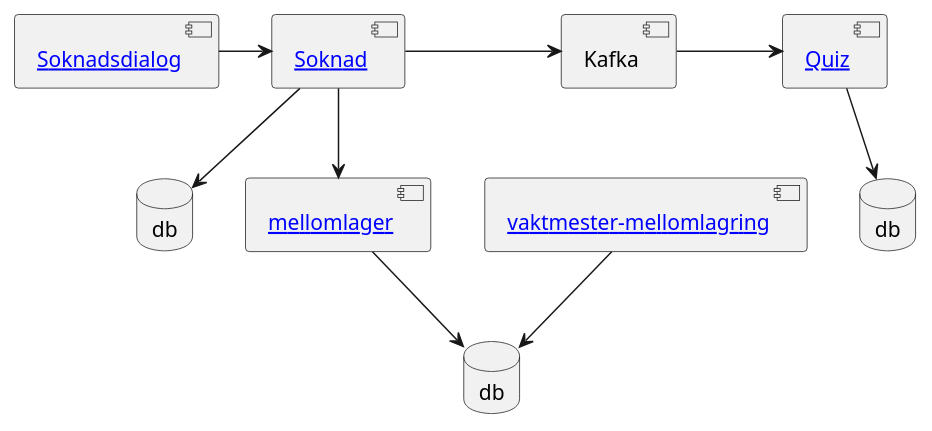
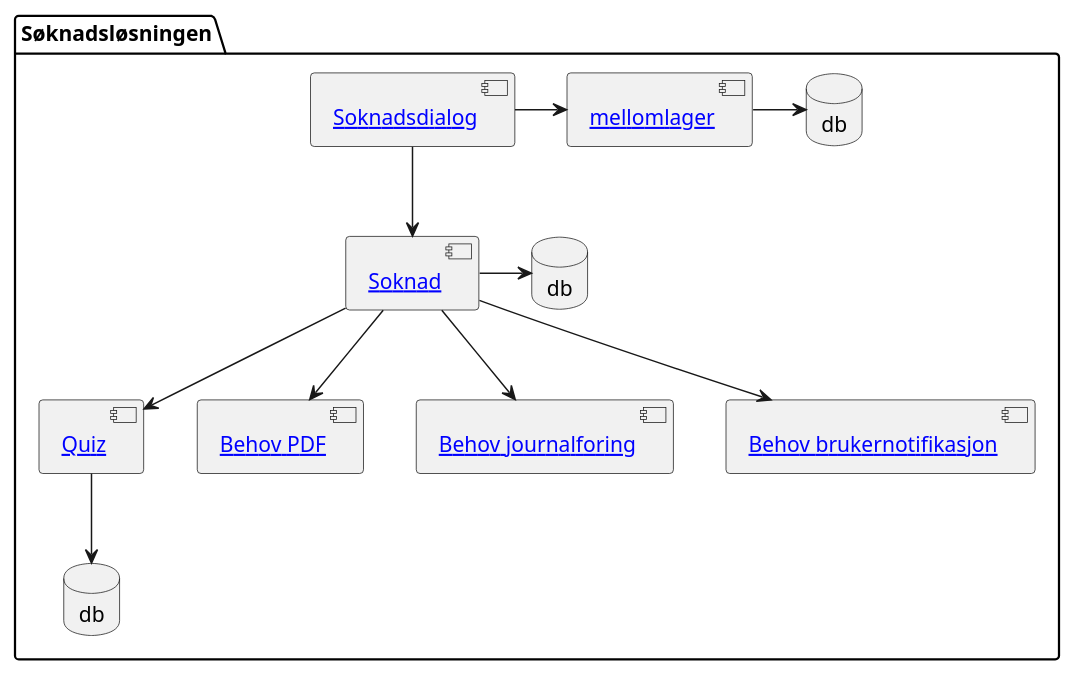
One commit to navikt/dp-soknad changed the diagram in docs/arkitektur/komponenterISøknadsløsningen.puml. Above: the diagram before and after it, drawn with PlantUML.

Commit message:
Fullført klikkbart diagram over søknadsløsningen

```diff
--- a/docs/arkitektur/komponenterISøknadsløsningen.puml
+++ b/docs/arkitektur/komponenterISøknadsløsningen.puml
@@ -1,20 +1,25 @@
 @startuml
-component "[[https://github.com/navikt/dp-soknadsdialog Soknadsdialog]]" as soknadsdialog
-component "[[https://github.com/navikt/dp-soknad Soknad]]" as soknad
-database db as soknadDb
-component "[[https://github.com/navikt/dp-quiz Quiz]]" as quiz
-database db as quizDb
-component Kafka as kafka
-component "[[https://github.com/navikt/dp-mellomlagring mellomlager]]" as mellomlager
-component "[[https://github.com/navikt/dp-vaktmester-mellomlagring vaktmester-mellomlagring]]" as mellomlagerVaktmester
-database db as mellomlagerDb
 
-soknadsdialog -> soknad
-soknad --> soknadDb
-soknad -> kafka
-soknad --> mellomlager
-mellomlager --> mellomlagerDb
-mellomlagerVaktmester --> mellomlagerDb
-kafka -> quiz
+package "Søknadsløsningen" {
+    component "[[https://github.com/navikt/dp-soknadsdialog Soknadsdialog]]" as soknadsdialog
+    component "[[https://github.com/navikt/dp-soknad Soknad]]" as soknad
+    database db as soknadDb
+    component "[[https://github.com/navikt/dp-quiz Quiz]]" as quiz
+    database db as quizDb
+    component "[[https://github.com/navikt/dp-mellomlagring mellomlager]]" as mellomlager
+    database db as mellomlagerDb
+    component "[[https://github.com/navikt/dp-behov-soknad-pdf Behov PDF]]" as behovPdf
+    component "[[https://github.com/navikt/dp-behov-journalforing Behov journalforing]]" as behovJournalforing
+    component "[[https://github.com/navikt/dp-behov-brukernotifikasjon Behov brukernotifikasjon]]" as behovBrukernotifikasjon
+}
+
+soknadsdialog --> soknad
+soknadsdialog -r-> mellomlager
+mellomlager -r-> mellomlagerDb
+soknad -r-> soknadDb
+soknad --> behovPdf
+soknad --> behovJournalforing
+soknad --> behovBrukernotifikasjon
+soknad --> quiz
 quiz --> quizDb
 @enduml
```
